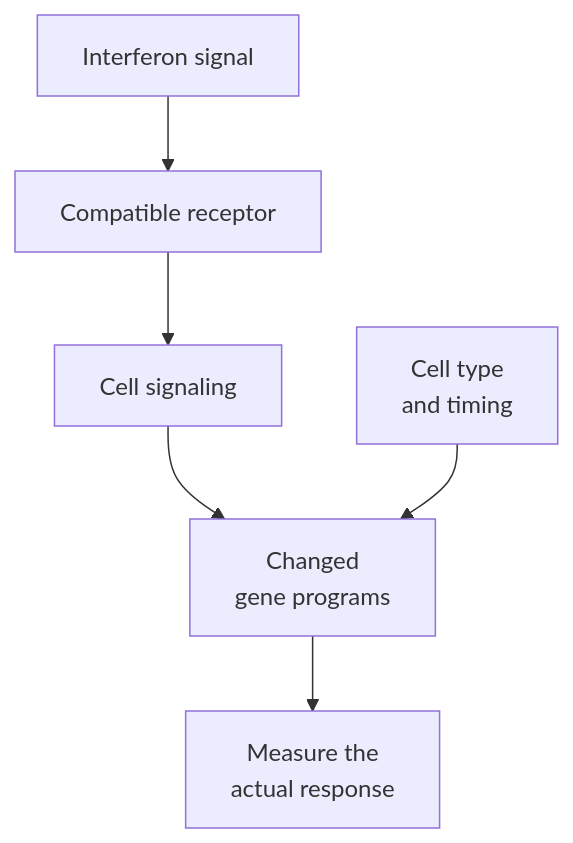
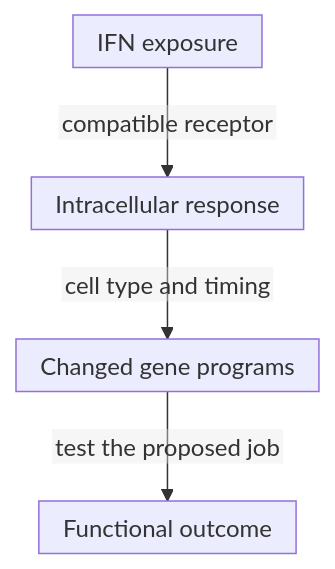
One commit to jasonLaster/oncoguide changed the diagram in wiki/education/concepts/immunology/the-immune-system/interferons.md. Above: the diagram before and after it, drawn with Mermaid. The commit also changed other lines of this file and 30 other files, not shown here.

````diff
--- a/wiki/education/concepts/immunology/the-immune-system/interferons.md
+++ b/wiki/education/concepts/immunology/the-immune-system/interferons.md
@@ -48,8 +48,7 @@
 ```mermaid
+%%{init: {"htmlLabels":false,"flowchart":{"htmlLabels":false,"padding":8,"nodeSpacing":25}}}%%
 flowchart TD
-  A[Interferon signal] --> B[Compatible receptor]
-  B --> C[Cell signaling]
-  C --> D["Changed<br/>gene programs"]
-  E["Cell type<br/>and timing"] --> D
-  D --> F["Measure the<br/>actual response"]
+  A["IFN exposure"] -->|"compatible receptor"| B["Intracellular response"]
+  B -->|"cell type and timing"| C["Changed gene programs"]
+  C -->|"test the proposed job"| D["Functional outcome"]
 ```
````
